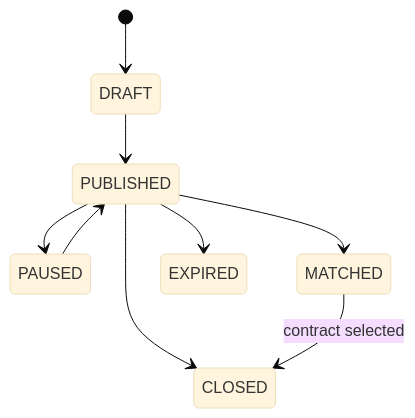
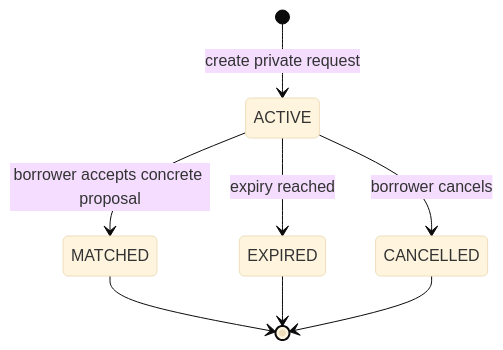
One commit to nurgeldiserikbay/QaryzLinkDocs changed the second of 8 diagrams in docs/01-business/STATE_MACHINES.md. Above: the diagram before and after it, drawn with Mermaid (base theme). The commit also changed other lines of this file, not shown here.

Commit message:
docs: make private request state machine canonical

```diff
--- a/docs/01-business/STATE_MACHINES.md
+++ b/docs/01-business/STATE_MACHINES.md
@@ -24,11 +26,10 @@
 ~~~mermaid
 stateDiagram-v2
-    [*] --> DRAFT
-    DRAFT --> PUBLISHED
-    PUBLISHED --> PAUSED
-    PAUSED --> PUBLISHED
-    PUBLISHED --> MATCHED
-    PUBLISHED --> EXPIRED
-    PUBLISHED --> CLOSED
-    MATCHED --> CLOSED: contract selected
+    [*] --> ACTIVE: create private request
+    ACTIVE --> MATCHED: borrower accepts concrete proposal
+    ACTIVE --> EXPIRED: expiry reached
+    ACTIVE --> CANCELLED: borrower cancels
+    MATCHED --> [*]
+    EXPIRED --> [*]
+    CANCELLED --> [*]
 ~~~
```
